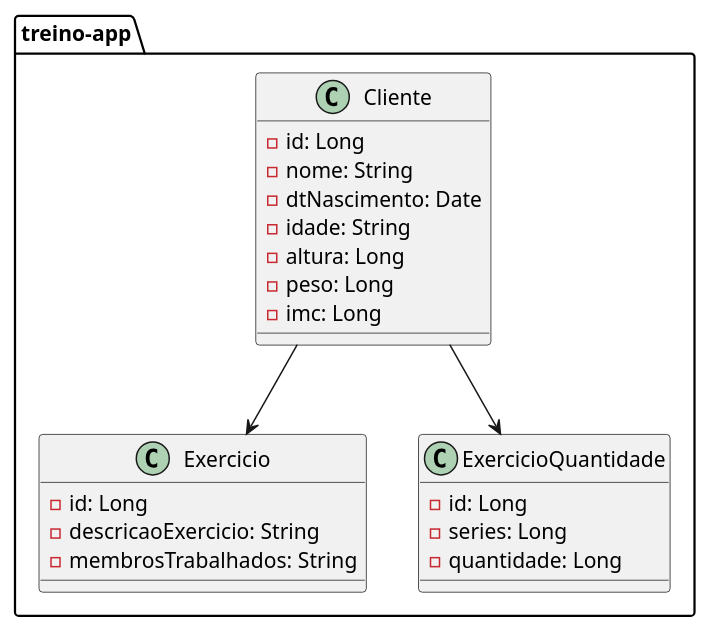
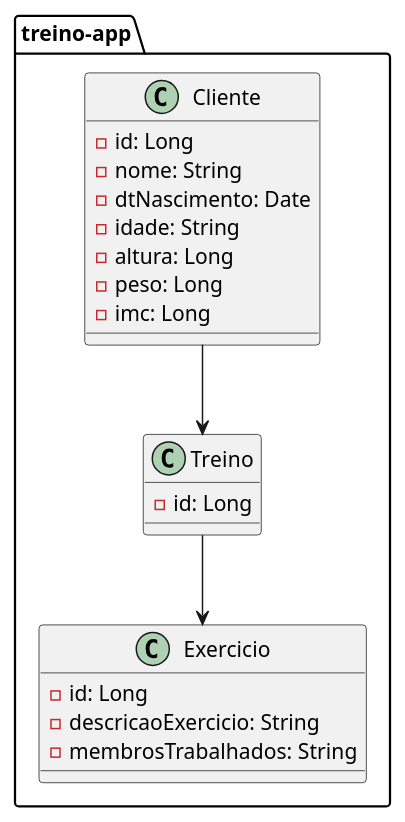
The diagram in src/main/resources/treino-app-class.plantuml (jeoliveira045/treino.musculacao.app), drawn with PlantUML before and after one commit. The commit also changed 30 other files, not shown here.

```diff
--- a/src/main/resources/treino-app-class.plantuml
+++ b/src/main/resources/treino-app-class.plantuml
@@ -1,32 +1,38 @@
 @startuml
 
 package treino-app{
     class Cliente{
         - id: Long
         - nome: String
         - dtNascimento: Date
         - idade: String
         - altura: Long
         - peso: Long
         - imc: Long
     }
 
     class Exercicio{
         - id: Long
         - descricaoExercicio: String
         - membrosTrabalhados: String
     }
 
-    class ExercicioQuantidade{
-        - id: Long
-        - series: Long
-        - quantidade: Long
+'    class ExercicioQuantidade{
+'        - id: Long
+'        - series: Long
+'        - quantidade: Long
+'    }
+
+    class Treino{
+        -id: Long
     }
+
 }
 
-Cliente --> Exercicio
-Cliente --> ExercicioQuantidade
+Cliente --> Treino
+Treino --> Exercicio
+
 
 
 
 @enduml
```
